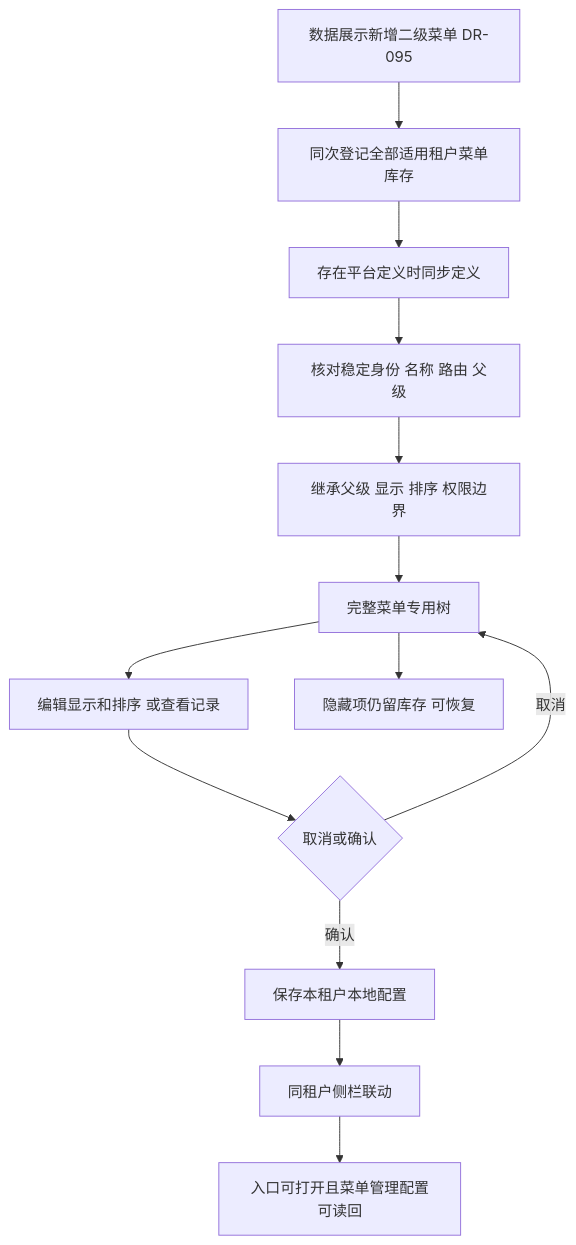
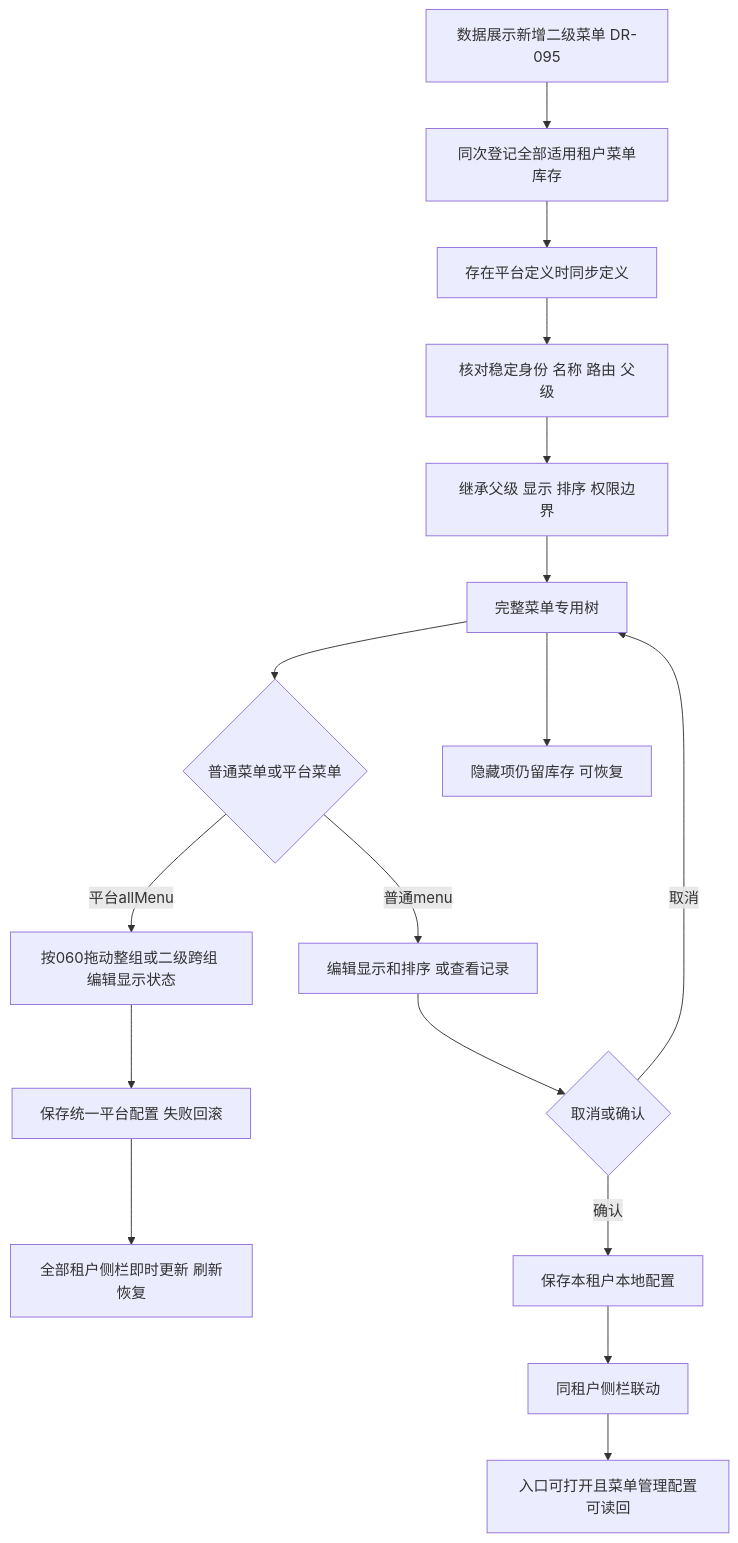
Before and after one commit to xfang9528-glitch/suiyin-admin: the third of 9 diagrams in flowcharts/admin-live-reference.md, drawn with Mermaid. The commit also changed other lines of this file and 35 other files, not shown here.

Commit message:
feat(admin): drag platform menus and sync all tenant navigation

````diff
--- a/flowcharts/admin-live-reference.md
+++ b/flowcharts/admin-live-reference.md
@@ -55,15 +55,19 @@
 ```mermaid
 flowchart TD
     New[数据展示新增二级菜单 DR-095] --> Register[同次登记全部适用租户菜单库存]
     Register --> Platform[存在平台定义时同步定义]
     Platform --> Identity[核对稳定身份 名称 路由 父级]
     Identity --> Existing[继承父级 显示 排序 权限边界]
     Existing --> Tree[完整菜单专用树]
-    Tree --> Edit[编辑显示和排序 或查看记录]
+    Tree --> Scope{普通菜单或平台菜单}
+    Scope -->|普通menu| Edit[编辑显示和排序 或查看记录]
+    Scope -->|平台allMenu| Drag[按060拖动整组或二级跨组 编辑显示状态]
+    Drag --> PlatformSave[保存统一平台配置 失败回滚]
+    PlatformSave --> AllNav[全部租户侧栏即时更新 刷新恢复]
     Edit --> Decision{取消或确认}
     Decision -->|取消| Tree
     Decision -->|确认| Local[保存本租户本地配置]
     Local --> Nav[同租户侧栏联动]
     Nav --> Check[入口可打开且菜单管理配置可读回]
     Tree --> Hidden[隐藏项仍留库存 可恢复]
 ```
````
